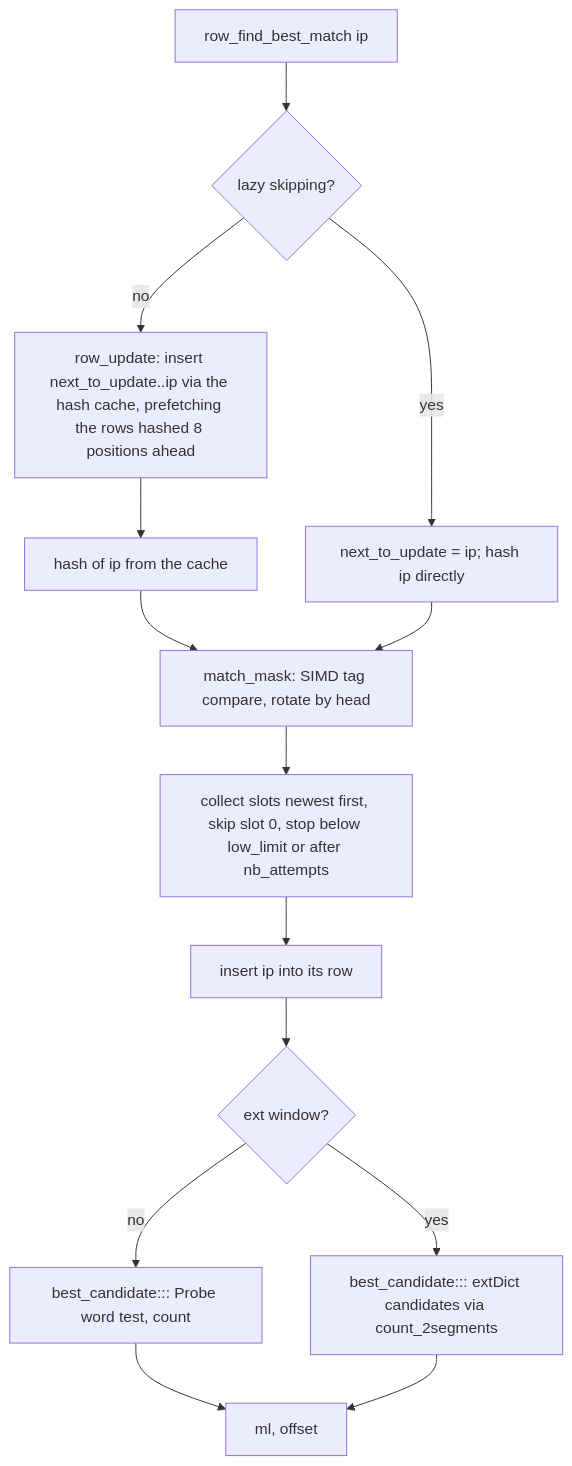
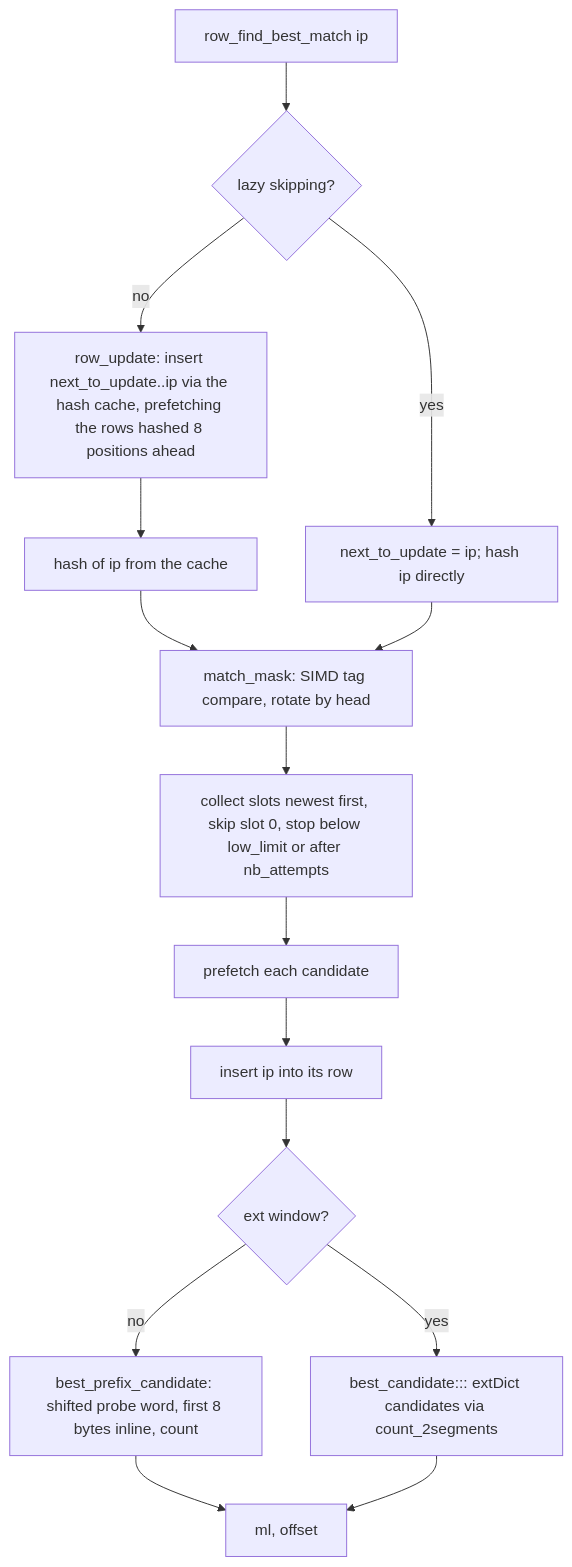
One commit to M-Compressors/mzstd changed diagram 11 of 13 in architecture/encoder-core.md. Above: the diagram before and after it, drawn with Mermaid. The commit also changed other lines of this file and 336 other files, not shown here.

````diff
--- a/architecture/encoder-core.md
+++ b/architecture/encoder-core.md
@@ -403,16 +500,17 @@
 ```mermaid
 flowchart TD
     A[row_find_best_match ip] --> B{lazy skipping?}
     B -- no --> C[row_update: insert next_to_update..ip via the hash cache, prefetching the rows hashed 8 positions ahead]
     C --> D[hash of ip from the cache]
     B -- yes --> E[next_to_update = ip; hash ip directly]
     D --> F[match_mask: SIMD tag compare, rotate by head]
     E --> F
     F --> G[collect slots newest first, skip slot 0, stop below low_limit or after nb_attempts]
-    G --> H[insert ip into its row]
+    G --> P[prefetch each candidate]
+    P --> H[insert ip into its row]
     H --> I{ext window?}
-    I -- no --> J["best_candidate::<S, false>: Probe word test, count"]
+    I -- no --> J["best_prefix_candidate: shifted probe word, first 8 bytes inline, count"]
     I -- yes --> K["best_candidate::<S, true>: extDict candidates via count_2segments"]
     J --> L[ml, offset]
     K --> L
 ```
````
